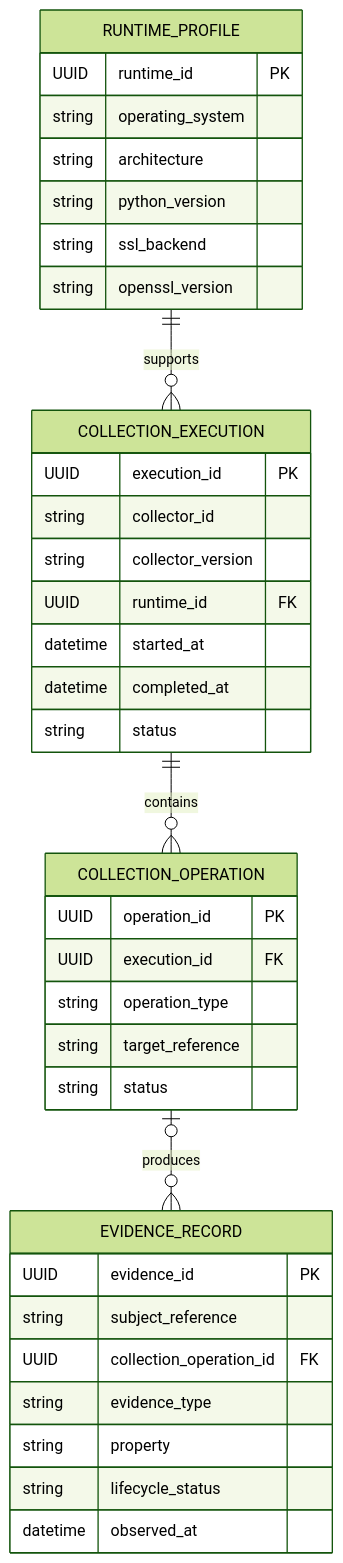
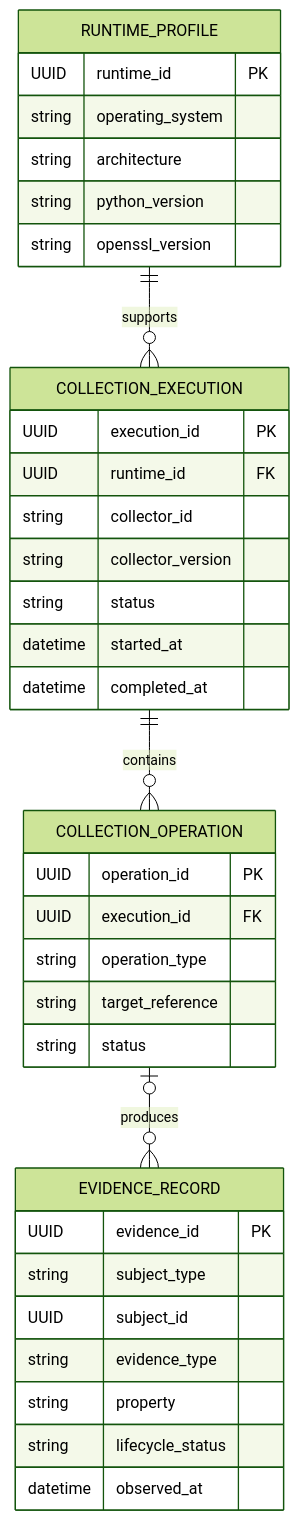
The third of 6 diagrams in docs/architecture/domain/entity-relationship-diagram.md (git-loa/cryptographic-inventory-pqc-risk-assessment), drawn with Mermaid (forest theme) before and after one commit. The commit also changed other lines of this file and 9 other files, not shown here.

Commit message:
feature: refactor relationship rules / docs: rewrite domain architecture documentation

````diff
--- a/docs/architecture/domain/entity-relationship-diagram.md
+++ b/docs/architecture/domain/entity-relationship-diagram.md
@@ -89,43 +82,42 @@
 ```mermaid
 erDiagram
     RUNTIME_PROFILE ||--o{ COLLECTION_EXECUTION : supports
     COLLECTION_EXECUTION ||--o{ COLLECTION_OPERATION : contains
     COLLECTION_OPERATION o|--o{ EVIDENCE_RECORD : produces
 
     RUNTIME_PROFILE {
         UUID runtime_id PK
         string operating_system
         string architecture
         string python_version
-        string ssl_backend
         string openssl_version
     }
 
     COLLECTION_EXECUTION {
         UUID execution_id PK
+        UUID runtime_id FK
         string collector_id
         string collector_version
-        UUID runtime_id FK
+        string status
         datetime started_at
         datetime completed_at
-        string status
     }
 
     COLLECTION_OPERATION {
         UUID operation_id PK
         UUID execution_id FK
         string operation_type
         string target_reference
         string status
     }
 
     EVIDENCE_RECORD {
         UUID evidence_id PK
-        string subject_reference
-        UUID collection_operation_id FK
+        string subject_type
+        UUID subject_id
         string evidence_type
         string property
         string lifecycle_status
         datetime observed_at
     }
 ```
````
